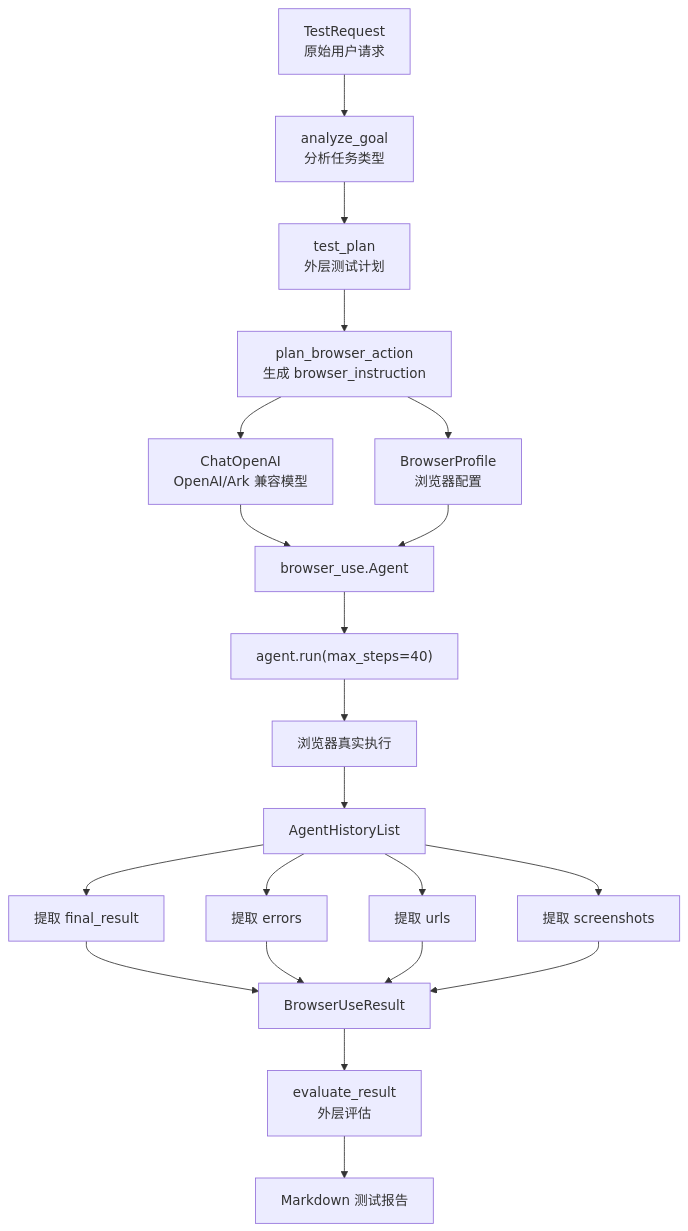
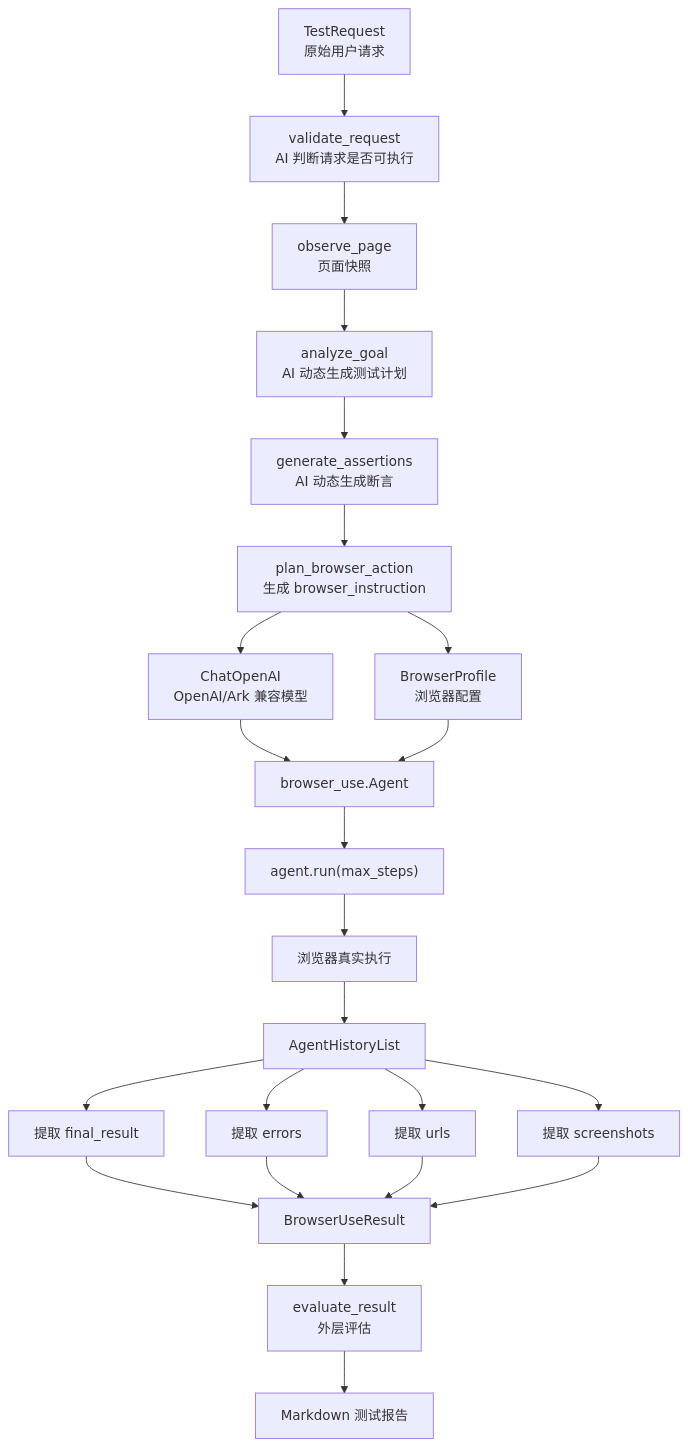
One commit to PGH11/agent-browser changed the third of 3 diagrams in README.md. Above: the diagram before and after it, drawn with Mermaid. The commit also changed other lines of this file and 16 other files, not shown here.

Commit message:
Add AI planning and streaming test history

````diff
--- a/README.md
+++ b/README.md
@@ -273,23 +224,25 @@
 ```mermaid
 flowchart TD
-    A["TestRequest<br/>原始用户请求"] --> B["analyze_goal<br/>分析任务类型"]
-    B --> C["test_plan<br/>外层测试计划"]
-    C --> D["plan_browser_action<br/>生成 browser_instruction"]
-    D --> E["ChatOpenAI<br/>OpenAI/Ark 兼容模型"]
-    D --> F["BrowserProfile<br/>浏览器配置"]
-    E --> G["browser_use.Agent"]
-    F --> G
-    G --> H["agent.run(max_steps=40)"]
-    H --> I["浏览器真实执行"]
-    I --> J["AgentHistoryList"]
-    J --> K["提取 final_result"]
-    J --> L["提取 errors"]
-    J --> M["提取 urls"]
-    J --> N["提取 screenshots"]
-    K --> O["BrowserUseResult"]
-    L --> O
-    M --> O
-    N --> O
-    O --> P["evaluate_result<br/>外层评估"]
-    P --> Q["Markdown 测试报告"]
+    A["TestRequest<br/>原始用户请求"] --> B["validate_request<br/>AI 判断请求是否可执行"]
+    B --> C["observe_page<br/>页面快照"]
+    C --> D["analyze_goal<br/>AI 动态生成测试计划"]
+    D --> E["generate_assertions<br/>AI 动态生成断言"]
+    E --> F["plan_browser_action<br/>生成 browser_instruction"]
+    F --> G["ChatOpenAI<br/>OpenAI/Ark 兼容模型"]
+    F --> H["BrowserProfile<br/>浏览器配置"]
+    G --> I["browser_use.Agent"]
+    H --> I
+    I --> J["agent.run(max_steps)"]
+    J --> K["浏览器真实执行"]
+    K --> L["AgentHistoryList"]
+    L --> M["提取 final_result"]
+    L --> N["提取 errors"]
+    L --> O["提取 urls"]
+    L --> P["提取 screenshots"]
+    M --> Q["BrowserUseResult"]
+    N --> Q
+    O --> Q
+    P --> Q
+    Q --> R["evaluate_result<br/>外层评估"]
+    R --> S["Markdown 测试报告"]
 ```
````
